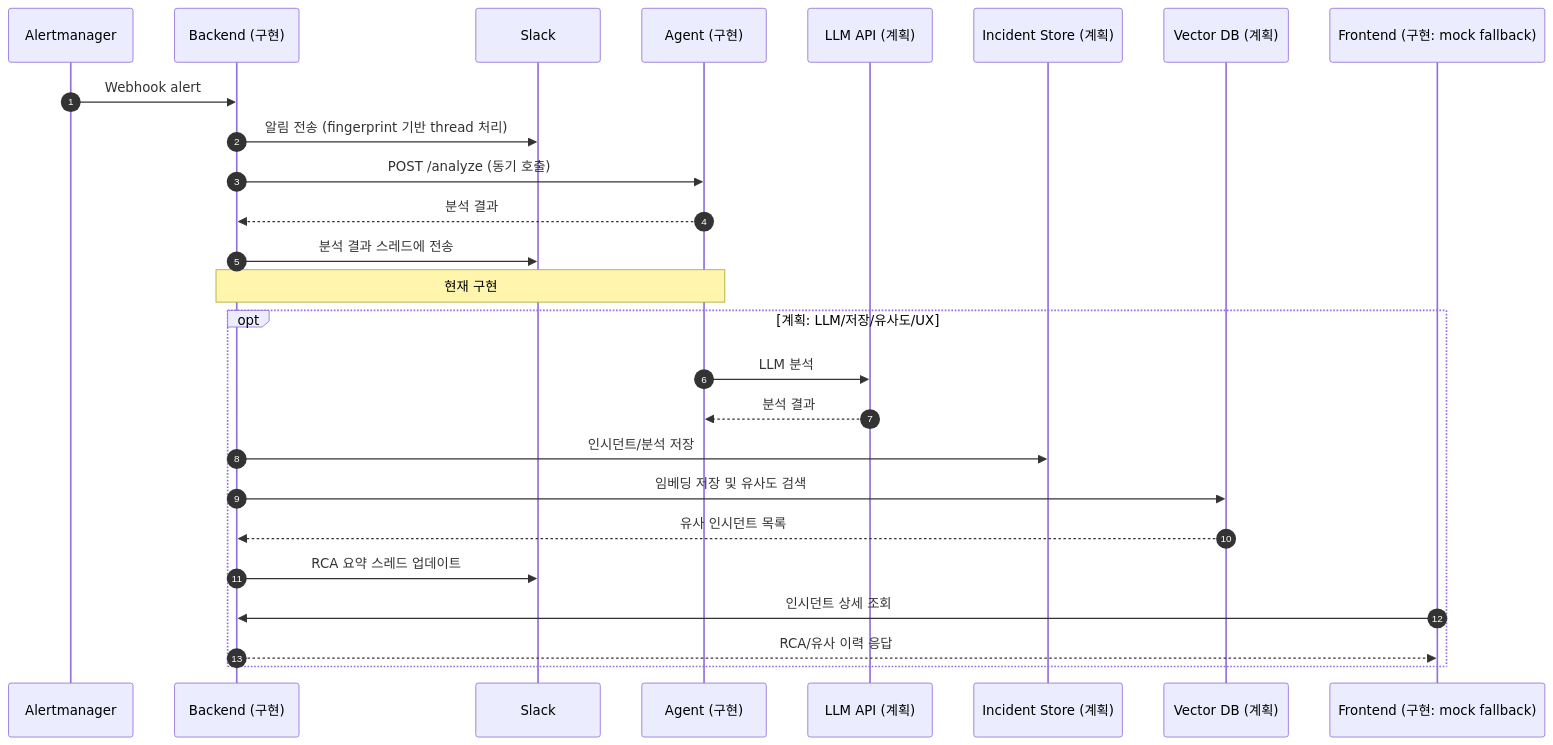
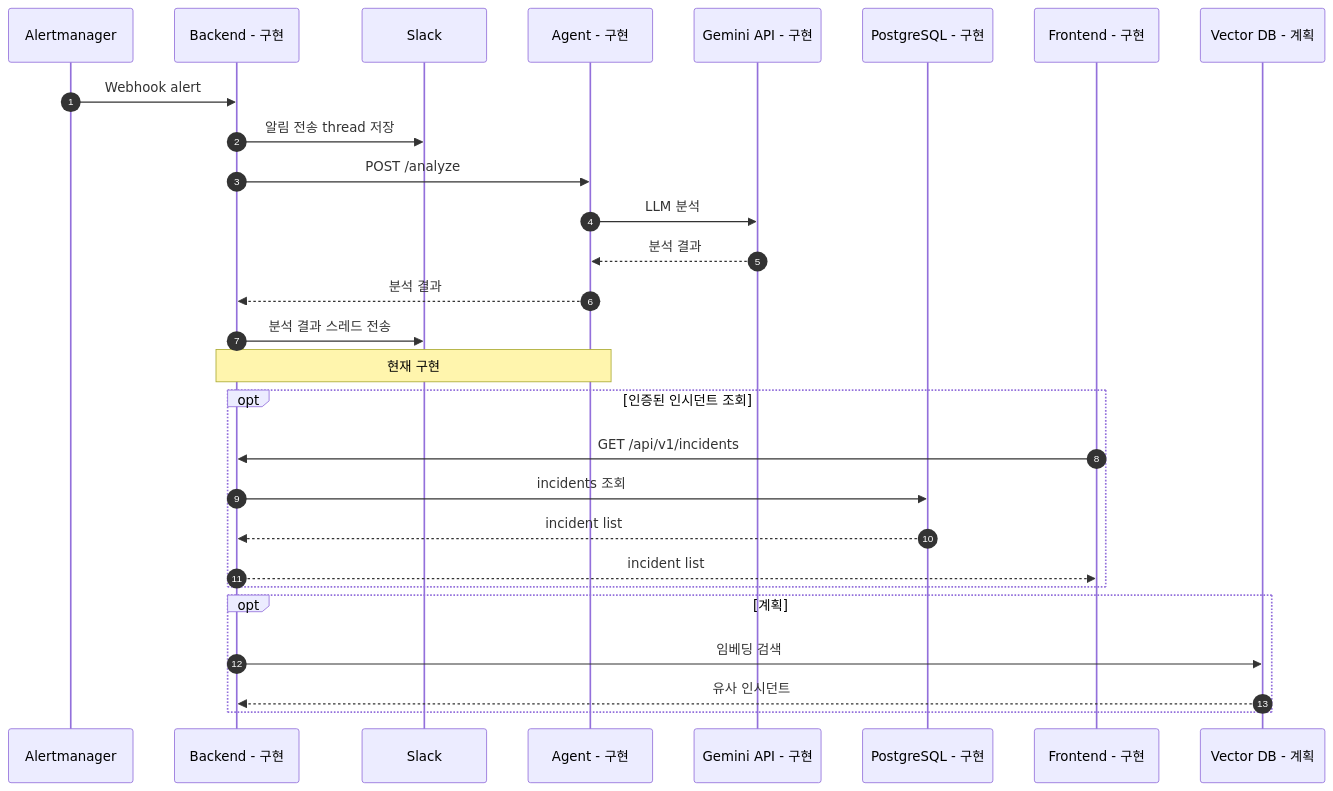
Before and after one commit to kube-rca/kuberca: the diagram in docs/diagrams/sequence_diagram.md, drawn with Mermaid. The commit also changed 5 other files, not shown here.

Commit message:
docs(github): update docs and diagrams

````diff
--- a/docs/diagrams/sequence_diagram.md
+++ b/docs/diagrams/sequence_diagram.md
@@ -1,30 +1,33 @@
 ```mermaid
 sequenceDiagram
   autonumber
   participant AM as Alertmanager
-  participant BE as Backend (구현)
+  participant BE as Backend - 구현
   participant SL as Slack
-  participant AG as Agent (구현)
-  participant LLM as LLM API (계획)
-  participant DB as Incident Store (계획)
-  participant VDB as Vector DB (계획)
-  participant FE as Frontend (구현: mock fallback)
+  participant AG as Agent - 구현
+  participant LLM as Gemini API - 구현
+  participant DB as PostgreSQL - 구현
+  participant FE as Frontend - 구현
+  participant VDB as Vector DB - 계획
 
   AM->>BE: Webhook alert
-  BE->>SL: 알림 전송 (fingerprint 기반 thread 처리)
-  BE->>AG: POST /analyze (동기 호출)
+  BE->>SL: 알림 전송 thread 저장
+  BE->>AG: POST /analyze
+  AG->>LLM: LLM 분석
+  LLM-->>AG: 분석 결과
   AG-->>BE: 분석 결과
-  BE->>SL: 분석 결과 스레드에 전송
+  BE->>SL: 분석 결과 스레드 전송
   Note over BE,AG: 현재 구현
 
-  opt 계획: LLM/저장/유사도/UX
-    AG->>LLM: LLM 분석
-    LLM-->>AG: 분석 결과
-    BE->>DB: 인시던트/분석 저장
-    BE->>VDB: 임베딩 저장 및 유사도 검색
-    VDB-->>BE: 유사 인시던트 목록
-    BE->>SL: RCA 요약 스레드 업데이트
-    FE->>BE: 인시던트 상세 조회
-    BE-->>FE: RCA/유사 이력 응답
+  opt 인증된 인시던트 조회
+    FE->>BE: GET /api/v1/incidents
+    BE->>DB: incidents 조회
+    DB-->>BE: incident list
+    BE-->>FE: incident list
+  end
+
+  opt 계획
+    BE->>VDB: 임베딩 검색
+    VDB-->>BE: 유사 인시던트
   end
 ```
````
